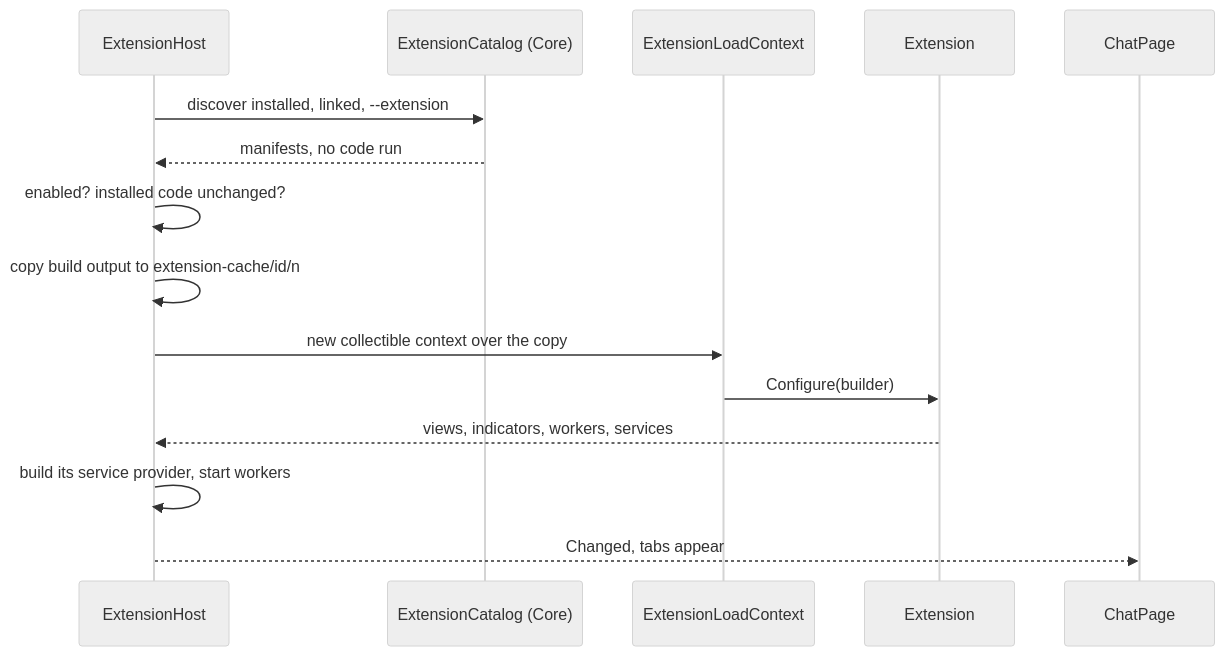
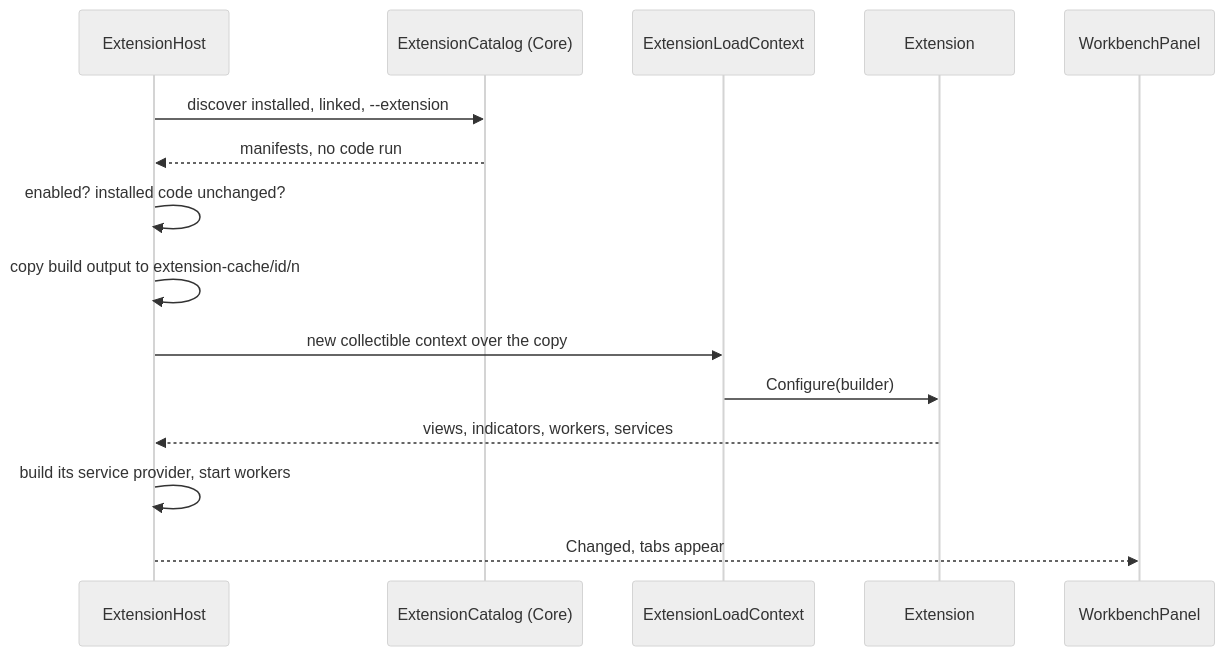
One commit to BradenTerry/Tog changed the second of 2 diagrams in docs/extensions.md. Above: the diagram before and after it, drawn with Mermaid (neutral theme). The commit also changed other lines of this file and 55 other files, not shown here.

````diff
--- a/docs/extensions.md
+++ b/docs/extensions.md
@@ -82,18 +91,18 @@
 ```mermaid
 sequenceDiagram
     participant H as ExtensionHost
     participant C as ExtensionCatalog (Core)
     participant A as ExtensionLoadContext
     participant E as Extension
-    participant P as ChatPage
+    participant P as WorkbenchPanel
 
     H->>C: discover installed, linked, --extension
     C-->>H: manifests, no code run
     H->>H: enabled? installed code unchanged?
     H->>H: copy build output to extension-cache/id/n
     H->>A: new collectible context over the copy
     A->>E: Configure(builder)
     E-->>H: views, indicators, workers, services
     H->>H: build its service provider, start workers
     H-->>P: Changed, tabs appear
 ```
````
